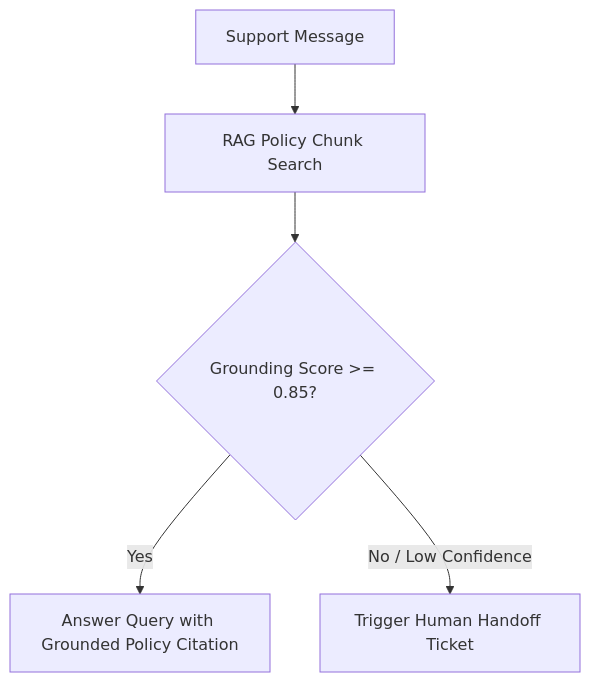
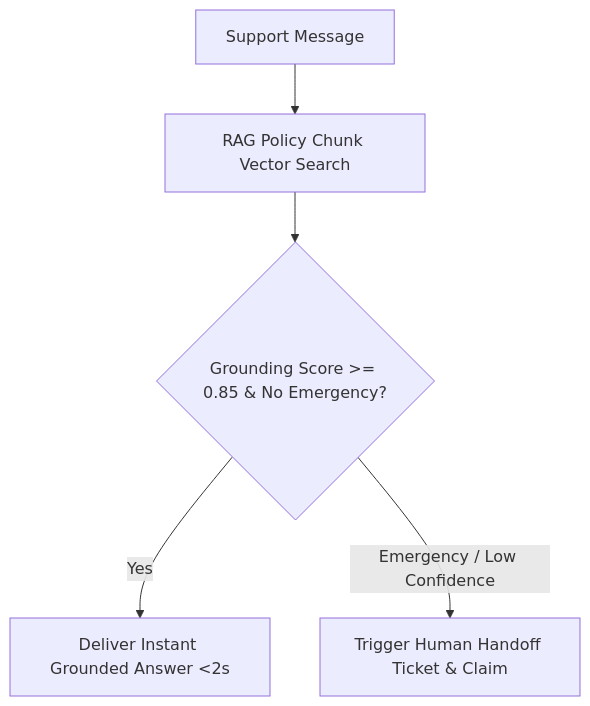
Before and after one commit to AnupamaJain/BusinessOS-AI: the diagram in docs/agents/support-agent.md, drawn with Mermaid. The commit also changed other lines of this file and 13 other files, not shown here.

````diff
--- a/docs/agents/support-agent.md
+++ b/docs/agents/support-agent.md
@@ -20,7 +23,7 @@
 ```mermaid
 graph TD
-    A[Support Message] --> B[RAG Policy Chunk Search]
-    B --> C{Grounding Score >= 0.85?}
-    C -->|Yes| D[Answer Query with Grounded Policy Citation]
-    C -->|No / Low Confidence| E[Trigger Human Handoff Ticket]
+    A[Support Message] --> B[RAG Policy Chunk Vector Search]
+    B --> C{Grounding Score >= 0.85 & No Emergency?}
+    C -->|Yes| D[Deliver Instant Grounded Answer <2s]
+    C -->|Emergency / Low Confidence| E[Trigger Human Handoff Ticket & Claim]
 ```
````
